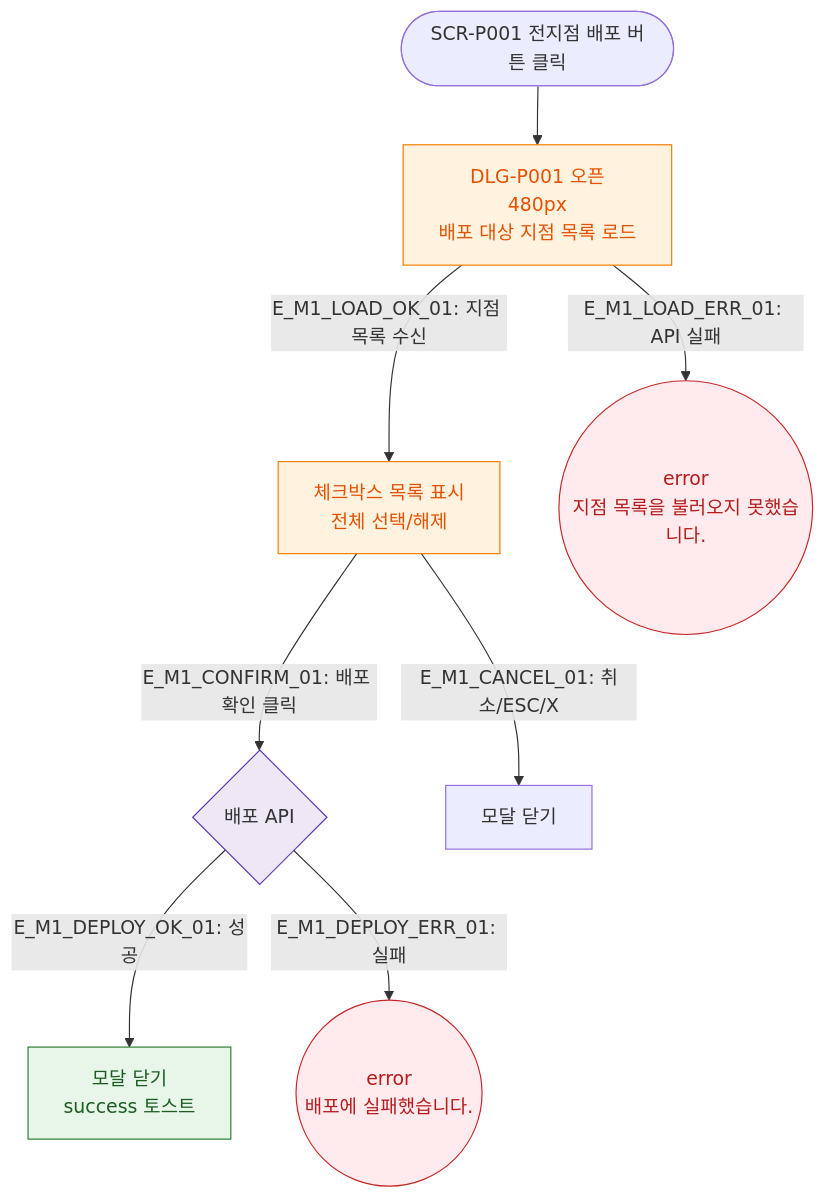
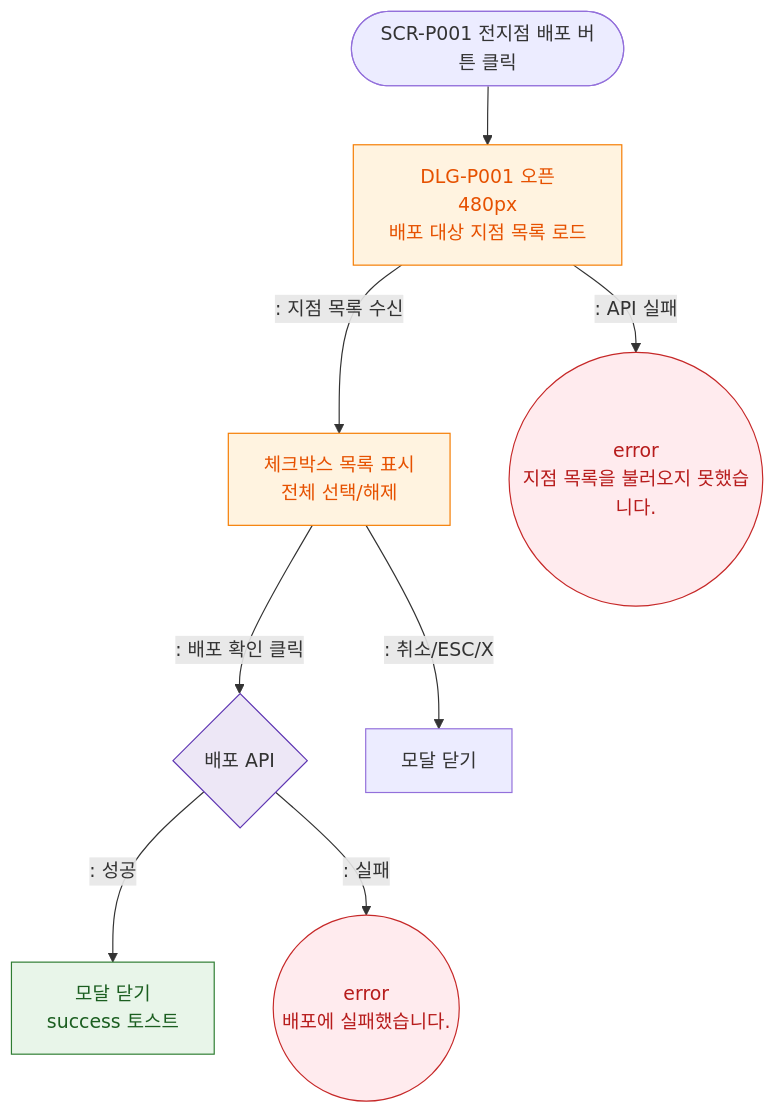
One commit to dev-spogym/admin-pando changed the diagram in docs/다이어그램/D05_상품관리/DLG/DLG-P001_전지점배포/M1_모달생명주기.md. Above: the diagram before and after it, drawn with Mermaid. The commit also changed other lines of this file and 1660 other files, not shown here.

First line of the commit message:
다이어그램: 기획자/클라이언트 납품본으로 정리

````diff
--- a/docs/다이어그램/D05_상품관리/DLG/DLG-P001_전지점배포/M1_모달생명주기.md
+++ b/docs/다이어그램/D05_상품관리/DLG/DLG-P001_전지점배포/M1_모달생명주기.md
@@ -16,21 +14,21 @@
 ```mermaid
 flowchart TD
     TRIGGER([SCR-P001 전지점 배포 버튼 클릭]) --> OpenModal[DLG-P001 오픈\n480px\n배포 대상 지점 목록 로드]
-    OpenModal -->|"E_M1_LOAD_OK_01: 지점 목록 수신"| Ready[체크박스 목록 표시\n전체 선택/해제]
-    OpenModal -->|"E_M1_LOAD_ERR_01: API 실패"| LoadErr((error\n지점 목록을 불러오지 못했습니다.))
+    OpenModal -->|": 지점 목록 수신"|Ready[체크박스 목록 표시\n전체 선택/해제]
+    OpenModal -->|": API 실패"|LoadErr((error\n지점 목록을 불러오지 못했습니다.))
 
-    Ready -->|"E_M1_CONFIRM_01: 배포 확인 클릭"| DeployAPI{배포 API}
-    DeployAPI -->|"E_M1_DEPLOY_OK_01: 성공"| CloseSuccess[모달 닫기\nsuccess 토스트]
-    DeployAPI -->|"E_M1_DEPLOY_ERR_01: 실패"| DeployErr((error\n배포에 실패했습니다.))
+    Ready -->|": 배포 확인 클릭"|DeployAPI{배포 API}
+    DeployAPI -->|": 성공"|CloseSuccess[모달 닫기\nsuccess 토스트]
+    DeployAPI -->|": 실패"|DeployErr((error\n배포에 실패했습니다.))
 
-    Ready -->|"E_M1_CANCEL_01: 취소/ESC/X"| ClosedCancel[모달 닫기]
+    Ready -->|": 취소/ESC/X"|ClosedCancel[모달 닫기]
 
     classDef modal fill:#FFF3E0,stroke:#F57C00,color:#E65100
     classDef success fill:#E8F5E9,stroke:#2E7D32,color:#1B5E20
     classDef error fill:#FFEBEE,stroke:#C62828,color:#B71C1C
     classDef system fill:#EDE7F6,stroke:#5E35B2
     class OpenModal,Ready modal
     class CloseSuccess success
     class LoadErr,DeployErr error
     class DeployAPI system
 ```
````
